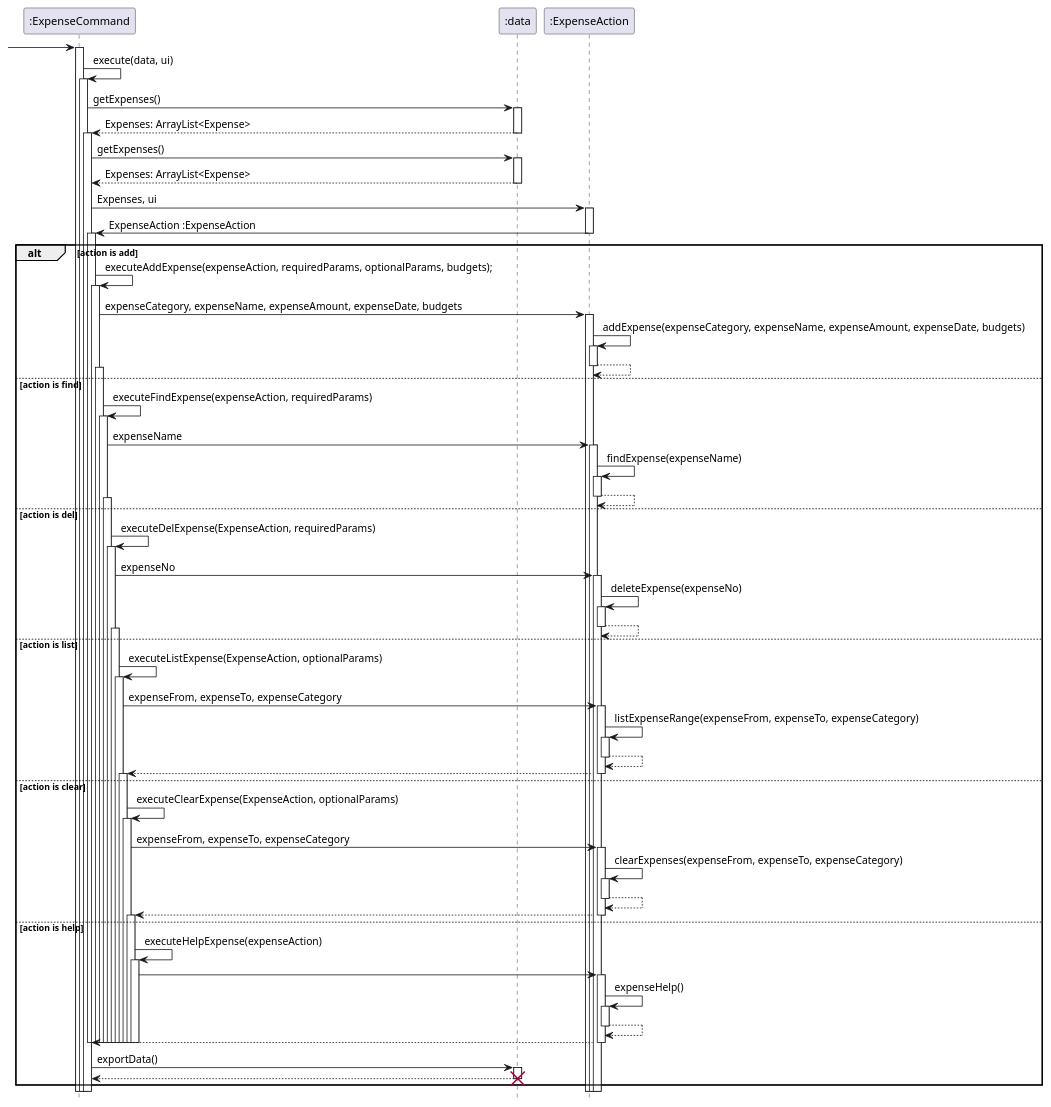
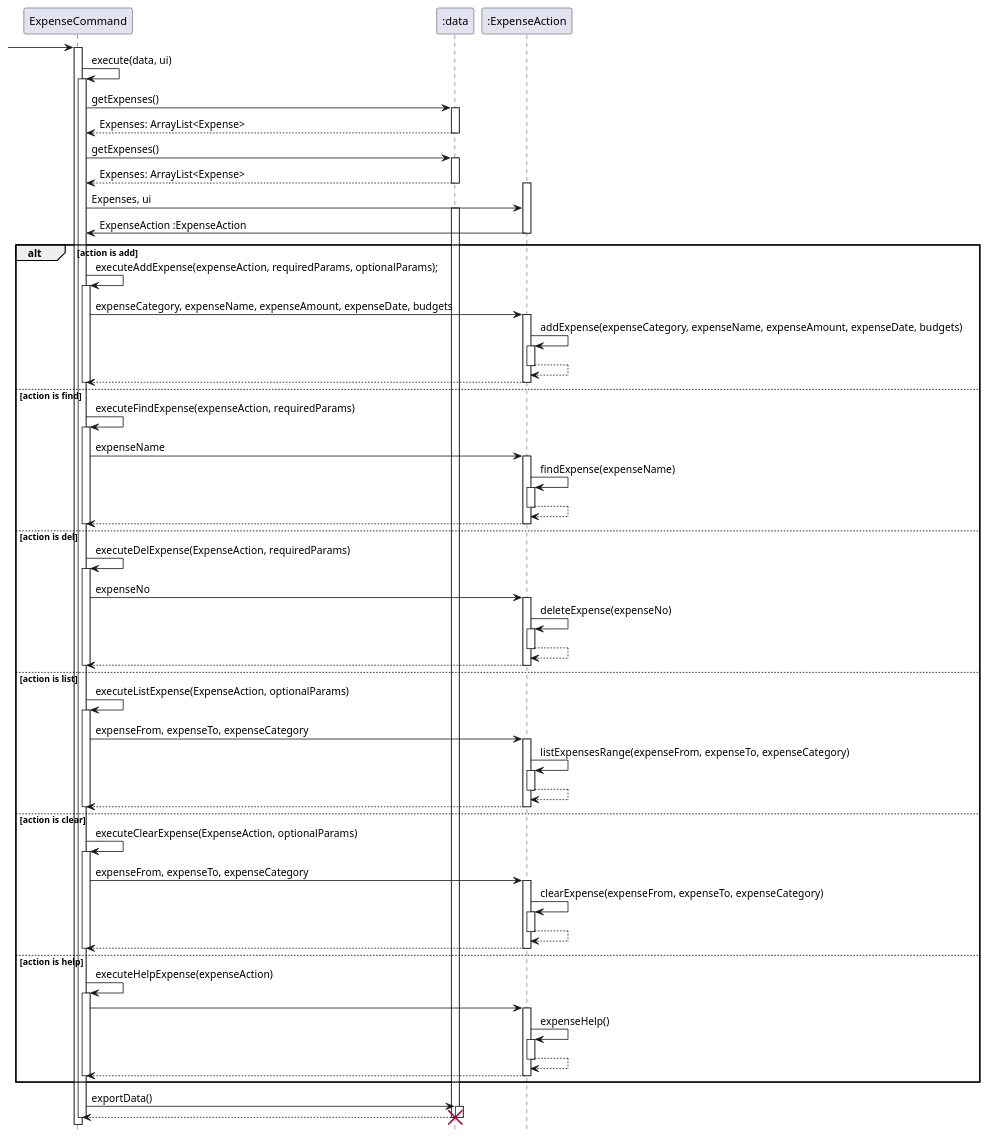
Before and after one commit to stephenkyang/tp: the diagram in docs/diagrams/ExpenseCommandSequence.puml, drawn with PlantUML. The commit also changed 1 other file, not shown here.

Commit message:
updated ExpenseCommandSequence diagram

```diff
--- a/docs/diagrams/ExpenseCommandSequence.puml
+++ b/docs/diagrams/ExpenseCommandSequence.puml
@@ -1,123 +1,126 @@
 @startuml
 
 hide footbox
 
- -> ":ExpenseCommand":
+ -> ExpenseCommand:
 
-activate ":ExpenseCommand"
-":ExpenseCommand" -> ":ExpenseCommand": execute(data, ui)
-activate  ":ExpenseCommand"
-":ExpenseCommand" -> ":data": getExpenses()
+activate ExpenseCommand
+ExpenseCommand -> ExpenseCommand: execute(data, ui)
+activate  ExpenseCommand
+ExpenseCommand -> ":data": getExpenses()
+
 activate ":data"
 return Expenses: ArrayList<Expense>
 deactivate ":data"
 
-activate  ":ExpenseCommand"
-":ExpenseCommand" -> ":data": getExpenses()
+ExpenseCommand -> ":data": getExpenses()
+
 activate ":data"
 return Expenses: ArrayList<Expense>
 
 
-
-":ExpenseCommand" -> ":ExpenseAction" : Expenses, ui
 activate ":ExpenseAction"
-":ExpenseAction" -> ":ExpenseCommand" : ExpenseAction :ExpenseAction
+ExpenseCommand -> ":ExpenseAction" : Expenses, ui
+activate ":data"
+":ExpenseAction" -> ExpenseCommand : ExpenseAction :ExpenseAction
 deactivate ":ExpenseAction"
 
 
 alt action is add
-activate  ":ExpenseCommand"
-":ExpenseCommand" -> ":ExpenseCommand": executeAddExpense(expenseAction, requiredParams, optionalParams, budgets);
-activate ":ExpenseCommand"
-
-":ExpenseCommand" -> ":ExpenseAction" : expenseCategory, expenseName, expenseAmount, expenseDate, budgets
+ExpenseCommand -> ExpenseCommand: executeAddExpense(expenseAction, requiredParams, optionalParams);
+activate ExpenseCommand
+ExpenseCommand -> ":ExpenseAction" : expenseCategory, expenseName, expenseAmount, expenseDate, budgets
 activate ":ExpenseAction"
 ":ExpenseAction" -> ":ExpenseAction" : addExpense(expenseCategory, expenseName, expenseAmount, expenseDate, budgets)
 activate ":ExpenseAction"
+
 return
+return
+
+deactivate ExpenseCommand
 
 
 else action is find
-activate  ":ExpenseCommand"
-":ExpenseCommand" -> ":ExpenseCommand": executeFindExpense(expenseAction, requiredParams)
-activate ":ExpenseCommand"
-":ExpenseCommand" -> ":ExpenseAction" : expenseName
+ExpenseCommand -> ExpenseCommand: executeFindExpense(expenseAction, requiredParams)
+
+activate ExpenseCommand
+ExpenseCommand -> ":ExpenseAction" : expenseName
 activate ":ExpenseAction"
 ":ExpenseAction" -> ":ExpenseAction" : findExpense(expenseName)
 activate ":ExpenseAction"
+
 return
+return
+
+deactivate ExpenseCommand
 
 
 else action is del
-activate  ":ExpenseCommand"
-":ExpenseCommand" -> ":ExpenseCommand": executeDelExpense(ExpenseAction, requiredParams)
-activate ":ExpenseCommand"
-":ExpenseCommand" -> ":ExpenseAction" : expenseNo
+ExpenseCommand -> ExpenseCommand: executeDelExpense(ExpenseAction, requiredParams)
+activate ExpenseCommand
+ExpenseCommand -> ":ExpenseAction" : expenseNo
 activate ":ExpenseAction"
 ":ExpenseAction" -> ":ExpenseAction" : deleteExpense(expenseNo)
 activate ":ExpenseAction"
+
+return
 return
 
+deactivate ExpenseCommand
+
 else action is list
-activate  ":ExpenseCommand"
-":ExpenseCommand" -> ":ExpenseCommand": executeListExpense(ExpenseAction, optionalParams)
-activate ":ExpenseCommand"
-":ExpenseCommand" -> ":ExpenseAction" : expenseFrom, expenseTo, expenseCategory
+
+ExpenseCommand -> ExpenseCommand: executeListExpense(ExpenseAction, optionalParams)
+activate ExpenseCommand
+ExpenseCommand -> ":ExpenseAction" : expenseFrom, expenseTo, expenseCategory
 activate ":ExpenseAction"
-":ExpenseAction" -> ":ExpenseAction" : listExpenseRange(expenseFrom, expenseTo, expenseCategory)
+":ExpenseAction" -> ":ExpenseAction" : listExpensesRange(expenseFrom, expenseTo, expenseCategory)
+activate ":ExpenseAction"
+
+return
+return
+
+deactivate ExpenseCommand
+
+else action is clear
+ExpenseCommand -> ExpenseCommand: executeClearExpense(ExpenseAction, optionalParams)
+activate ExpenseCommand
+ExpenseCommand -> ":ExpenseAction" : expenseFrom, expenseTo, expenseCategory
+activate ":ExpenseAction"
+":ExpenseAction" -> ":ExpenseAction" : clearExpense(expenseFrom, expenseTo, expenseCategory)
 activate ":ExpenseAction"
 return
 return
 
-
-else action is clear
-activate  ":ExpenseCommand"
-":ExpenseCommand" -> ":ExpenseCommand": executeClearExpense(ExpenseAction, optionalParams)
-activate ":ExpenseCommand"
-":ExpenseCommand" -> ":ExpenseAction" : expenseFrom, expenseTo, expenseCategory
-activate ":ExpenseAction"
-":ExpenseAction" -> ":ExpenseAction" : clearExpenses(expenseFrom, expenseTo, expenseCategory)
-activate ":ExpenseAction"
-return
-return
-
+deactivate ExpenseCommand
 
 else action is help
-activate  ":ExpenseCommand"
-":ExpenseCommand" -> ":ExpenseCommand": executeHelpExpense(expenseAction)
-activate ":ExpenseCommand"
-":ExpenseCommand" -> ":ExpenseAction"
+ExpenseCommand -> ExpenseCommand: executeHelpExpense(expenseAction)
+activate ExpenseCommand
+ExpenseCommand -> ":ExpenseAction"
 activate ":ExpenseAction"
 ":ExpenseAction" -> ":ExpenseAction" : expenseHelp()
 activate ":ExpenseAction"
 return
 return
 
 
-deactivate ":ExpenseCommand"
-deactivate ":ExpenseCommand"
-deactivate ":ExpenseCommand"
-deactivate ":ExpenseCommand"
-deactivate ":ExpenseCommand"
-deactivate ":ExpenseCommand"
-deactivate ":ExpenseCommand"
-deactivate ":ExpenseCommand"
-deactivate ":ExpenseCommand"
-deactivate ":ExpenseCommand"
-deactivate ":ExpenseCommand"
-deactivate ":ExpenseCommand"
+deactivate ExpenseCommand
 
 
-":ExpenseCommand" -> ":data": exportData()
+
+end
+ExpenseCommand -> ":data": exportData()
 activate ":data"
 return
 
 deactivate ":data"
 destroy ":data"
 
+deactivate ":data"
+deactivate ExpenseCommand
 
-end
 
 
 
 @enduml
```
